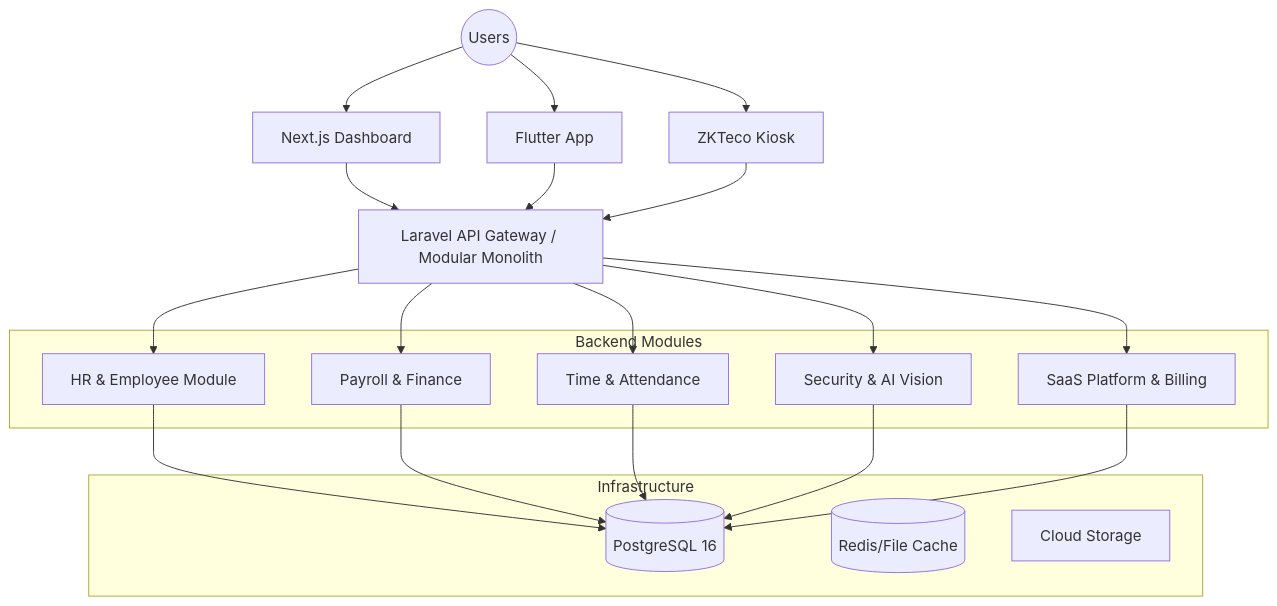
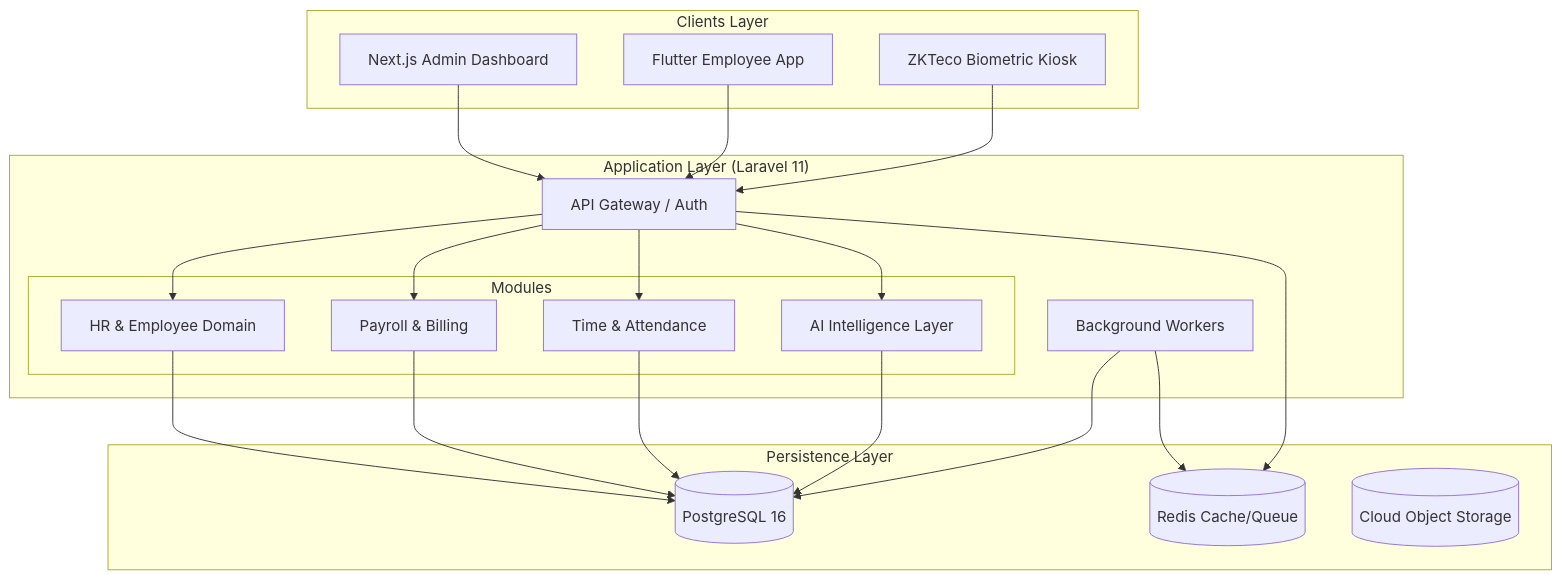
One commit to kitokoh/leopardo-hr changed the first of 2 diagrams in ARCHITECTURE.md. Above: the diagram before and after it, drawn with Mermaid. The commit also changed other lines of this file and 23 other files, not shown here.

````diff
--- a/ARCHITECTURE.md
+++ b/ARCHITECTURE.md
@@ -9,43 +14,31 @@
 ```mermaid
 graph TD
-    User((Users))
-    Web[Next.js Dashboard]
-    Mobile[Flutter App]
-    Kiosk[ZKTeco Kiosk]
-
-    API[Laravel API Gateway / Modular Monolith]
-
-    subgraph "Backend Modules"
-        HR[HR & Employee Module]
-        Payroll[Payroll & Finance]
-        Attendance[Time & Attendance]
-        Cameras[Security & AI Vision]
-        Platform[SaaS Platform & Billing]
+    subgraph "Clients Layer"
+        Web[Next.js Admin Dashboard]
+        Mobile[Flutter Employee App]
+        Kiosk[ZKTeco Biometric Kiosk]
     end
 
-    subgraph "Infrastructure"
-        DB[(PostgreSQL 16)]
-        Cache[(Redis/File Cache)]
-        Storage[Cloud Storage]
+    subgraph "Application Layer (Laravel 11)"
+        API[API Gateway / Auth]
+        subgraph "Modules"
+            HR[HR & Employee Domain]
+            Finance[Payroll & Billing]
+            Attendance[Time & Attendance]
+            AI[AI Intelligence Layer]
+        end
+        Jobs[Background Workers]
     end
 
-    User --> Web
-    User --> Mobile
-    User --> Kiosk
+    subgraph "Persistence Layer"
+        Postgres[(PostgreSQL 16)]
+        Redis[(Redis Cache/Queue)]
+        S3[(Cloud Object Storage)]
+    end
 
-    Web --> API
-    Mobile --> API
-    Kiosk --> API
-
-    API --> HR
-    API --> Payroll
-    API --> Attendance
-    API --> Cameras
-    API --> Platform
-
-    HR --> DB
-    Payroll --> DB
-    Attendance --> DB
-    Cameras --> DB
-    Platform --> DB
+    Web & Mobile & Kiosk --> API
+    API --> HR & Finance & Attendance & AI
+    HR & Finance & Attendance & AI --> Postgres
+    Jobs --> Redis & Postgres
+    API --> Redis
 ```
````
